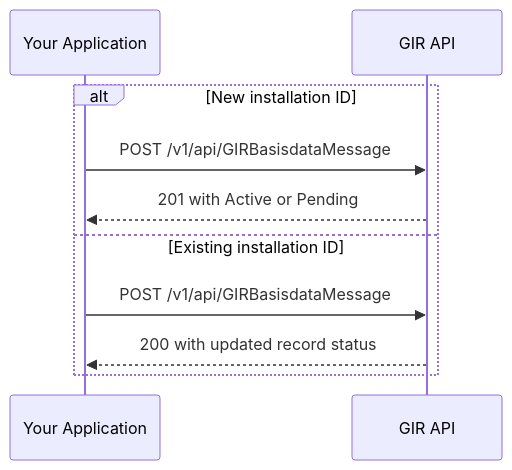
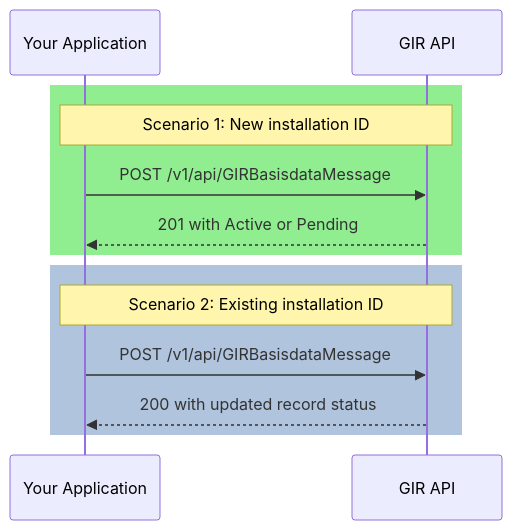
The fifth of 7 diagrams in gir/registrar-flow.md (POORT8/Poort8.Docs), drawn with Mermaid before and after one commit. The commit also changed other lines of this file and 6 other files, not shown here.

````diff
--- a/gir/registrar-flow.md
+++ b/gir/registrar-flow.md
@@ -165,13 +170,17 @@
 ```mermaid
 sequenceDiagram
     participant App as Your Application
     participant GIR as GIR API
 
-    alt New installation ID
-        App->>GIR: POST /v1/api/GIRBasisdataMessage
-        GIR-->>App: 201 with Active or Pending
-    else Existing installation ID
-        App->>GIR: POST /v1/api/GIRBasisdataMessage
-        GIR-->>App: 200 with updated record status
+    rect rgb(144, 238, 144)
+    note over App,GIR: Scenario 1: New installation ID
+    App->>GIR: POST /v1/api/GIRBasisdataMessage
+    GIR-->>App: 201 with Active or Pending
+    end
+    
+    rect rgb(176, 196, 222)
+    note over App,GIR: Scenario 2: Existing installation ID
+    App->>GIR: POST /v1/api/GIRBasisdataMessage
+    GIR-->>App: 200 with updated record status
     end
 ```
````
